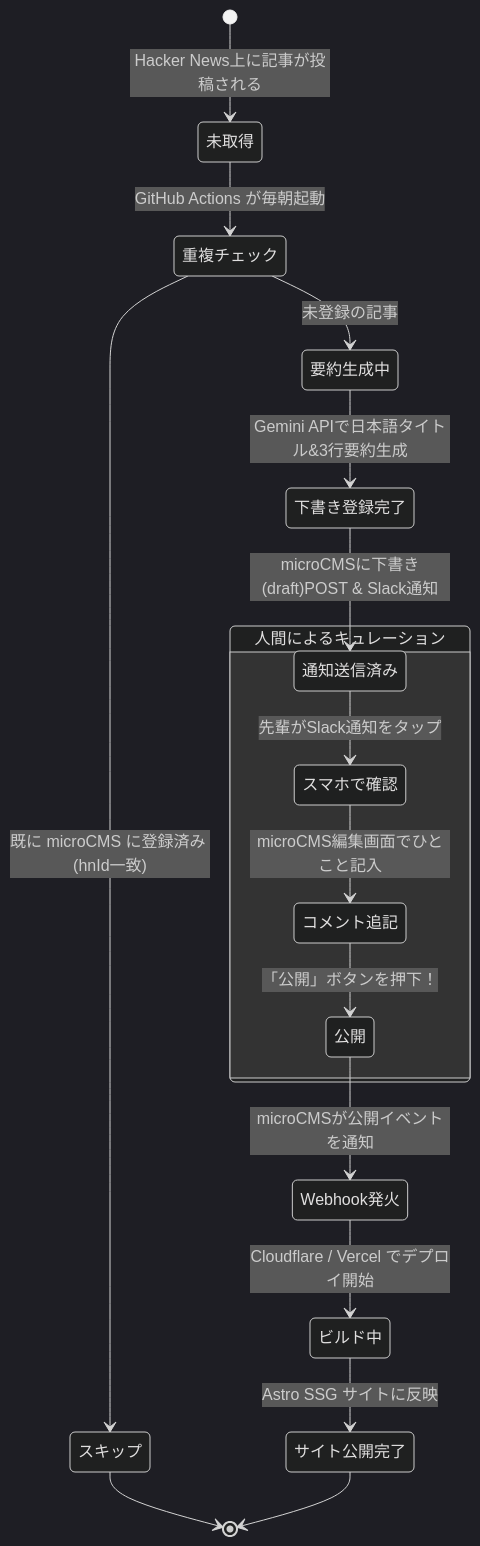
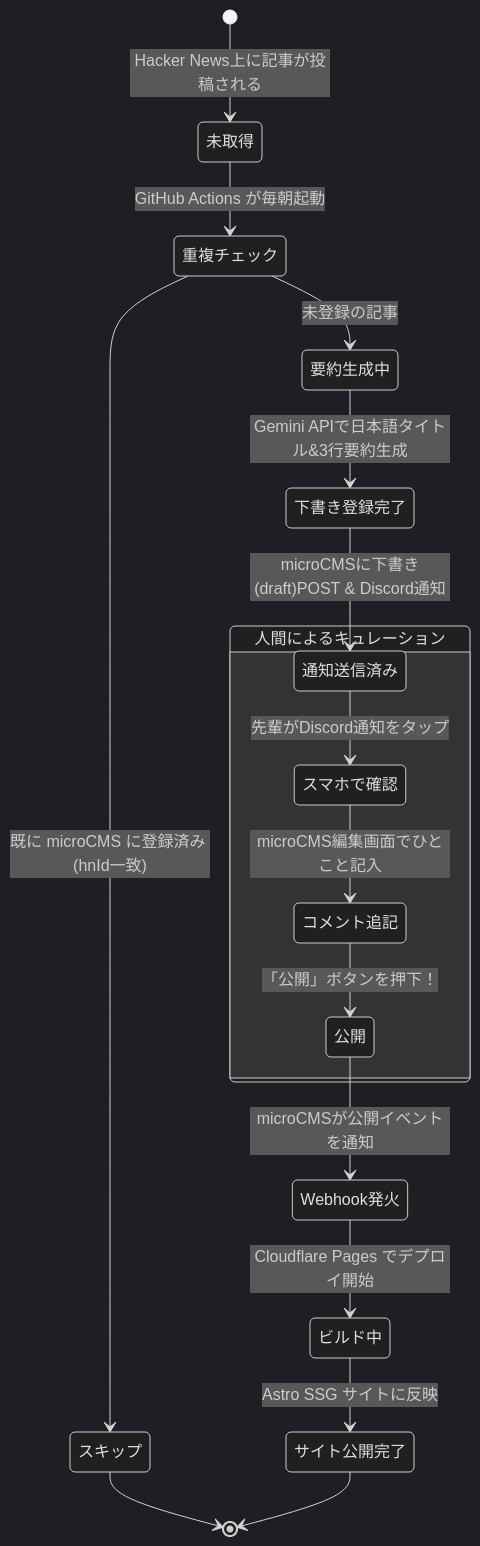
Before and after one commit to blacpans/hnmc: the second of 4 diagrams in docs/architecture.md, drawn with Mermaid (dark theme). The commit also changed other lines of this file and 1 other file, not shown here.

First line of the commit message:
docs(architecture): 📝 技術スタックの決定事項をドキュメントに反映したじゃんね！✨📝

````diff
--- a/docs/architecture.md
+++ b/docs/architecture.md
@@ -70,22 +70,22 @@
 ```mermaid
 stateDiagram-v2
     [*] --> 未取得: Hacker News上に記事が投稿される
     未取得 --> 重複チェック: GitHub Actions が毎朝起動
     重複チェック --> スキップ: 既に microCMS に登録済み (hnId一致)
     スキップ --> [*]
     
     重複チェック --> 要約生成中: 未登録の記事
     要約生成中 --> 下書き登録完了: Gemini APIで日本語タイトル&3行要約生成
-    下書き登録完了 --> 通知送信済み: microCMSに下書き(draft)POST & Slack通知
+    下書き登録完了 --> 通知送信済み: microCMSに下書き(draft)POST & Discord通知
     
     state "人間によるキュレーション" as Curation {
-        通知送信済み --> スマホで確認: 先輩がSlack通知をタップ
+        通知送信済み --> スマホで確認: 先輩がDiscord通知をタップ
         スマホで確認 --> コメント追記: microCMS編集画面でひとこと記入
         コメント追記 --> 公開: 「公開」ボタンを押下！
     }
     
     公開 --> Webhook発火: microCMSが公開イベントを通知
-    Webhook発火 --> ビルド中: Cloudflare / Vercel でデプロイ開始
+    Webhook発火 --> ビルド中: Cloudflare Pages でデプロイ開始
     ビルド中 --> サイト公開完了: Astro SSG サイトに反映
     サイト公開完了 --> [*]
 ```
````
